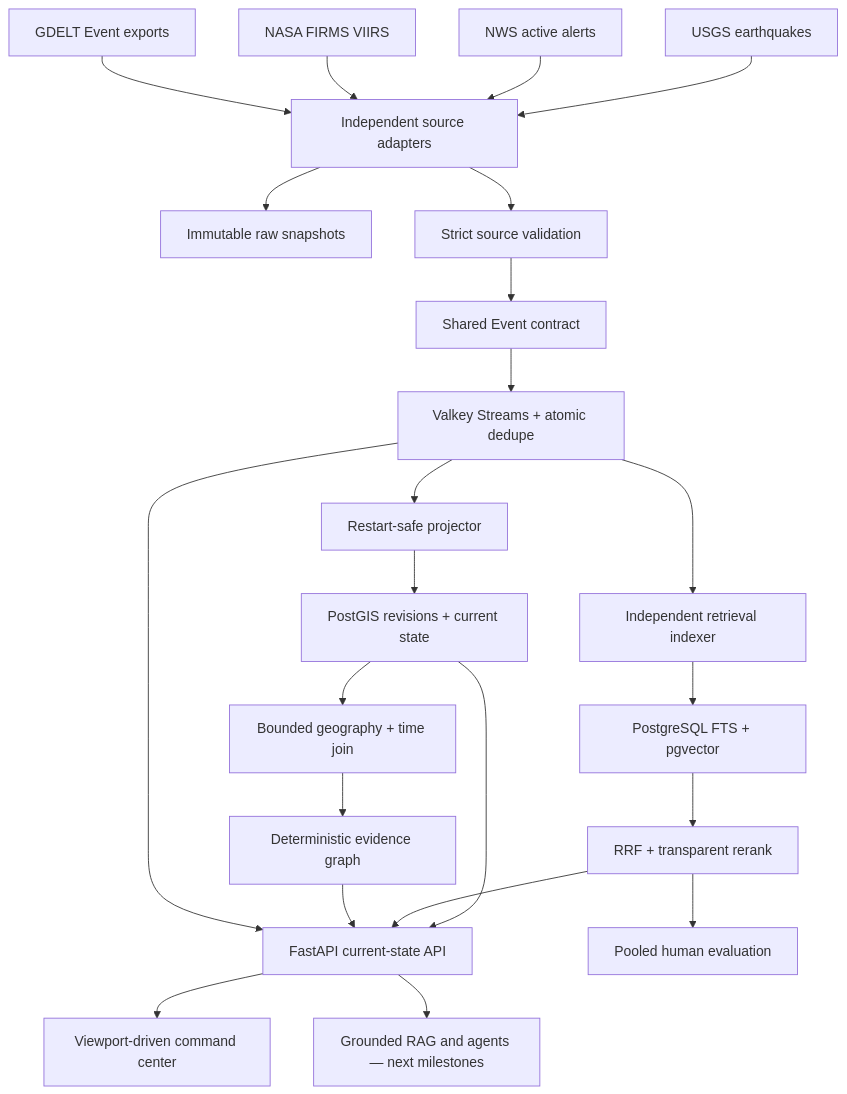
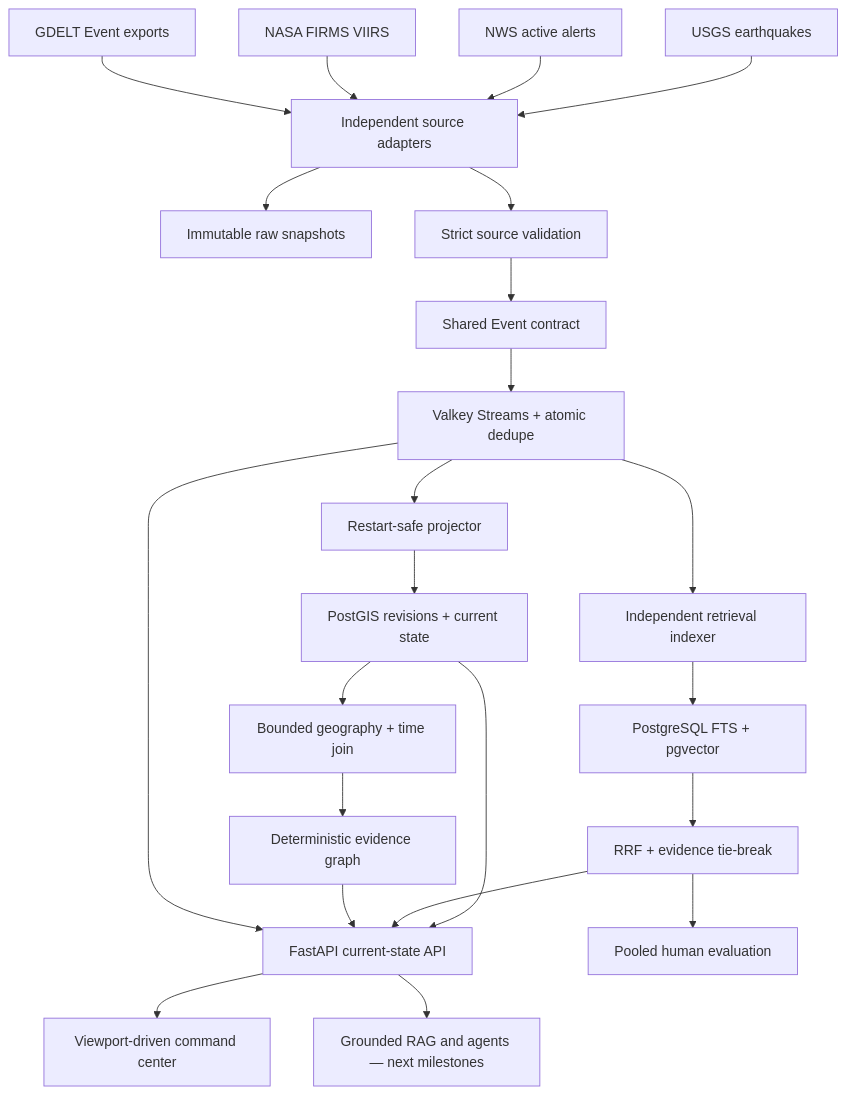
One commit to Thivas12/atlas-pulse changed the diagram in README.md. Above: the diagram before and after it, drawn with Mermaid. The commit also changed other lines of this file and 20 other files, not shown here.

````diff
--- a/README.md
+++ b/README.md
@@ -48,25 +48,25 @@
 ```mermaid
 flowchart TD
     USGS["USGS earthquakes"] --> Adapters["Independent source adapters"]
     NWS["NWS active alerts"] --> Adapters
     FIRMS["NASA FIRMS VIIRS"] --> Adapters
     GDELT["GDELT Event exports"] --> Adapters
     Adapters --> Raw["Immutable raw snapshots"]
     Adapters --> Validate["Strict source validation"]
     Validate --> Contract["Shared Event contract"]
     Contract --> Stream["Valkey Streams + atomic dedupe"]
     Stream --> Projector["Restart-safe projector"]
     Projector --> PostGIS["PostGIS revisions + current state"]
     Stream --> Indexer["Independent retrieval indexer"]
     Indexer --> Hybrid["PostgreSQL FTS + pgvector"]
     PostGIS --> Correlate["Bounded geography + time join"]
     Correlate --> Graph["Deterministic evidence graph"]
     PostGIS --> API["FastAPI current-state API"]
-    Hybrid --> Search["RRF + transparent rerank"]
+    Hybrid --> Search["RRF + evidence tie-break"]
     Search --> Evaluate["Pooled human evaluation"]
     Search --> API
     Graph --> API
     Stream --> API
     API --> Web["Viewport-driven command center"]
     API --> Agents["Grounded RAG and agents — next milestones"]
 ```
````
